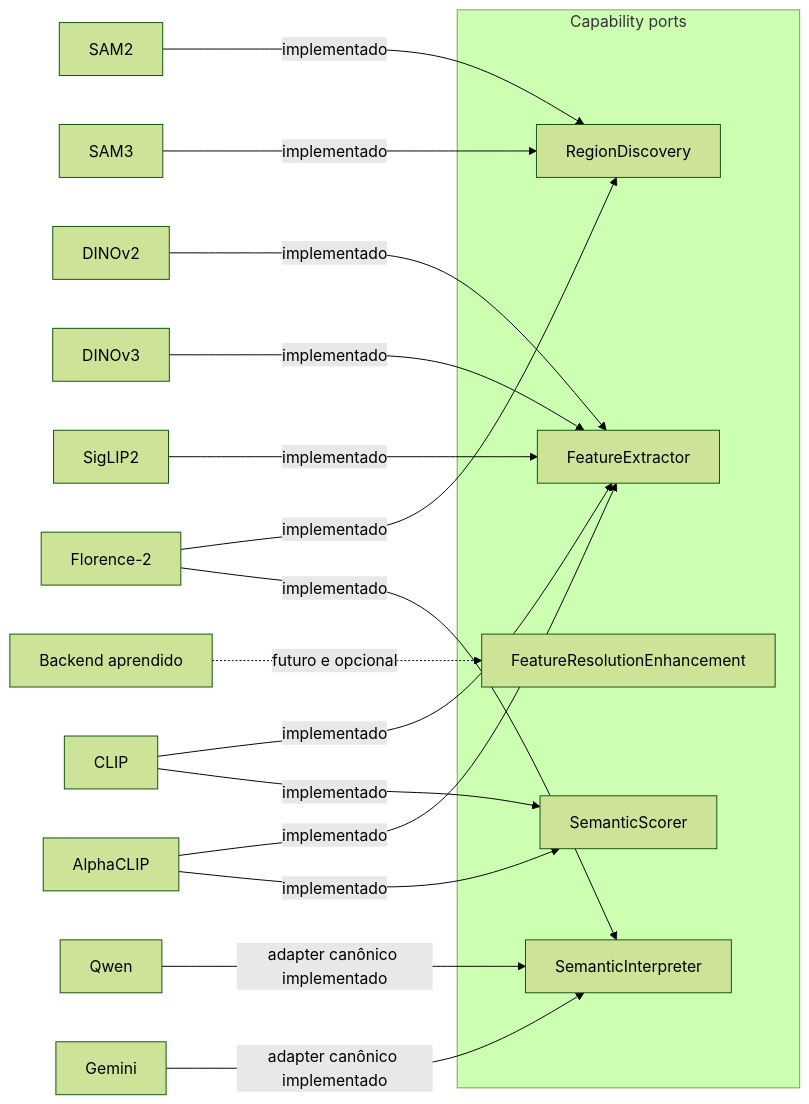
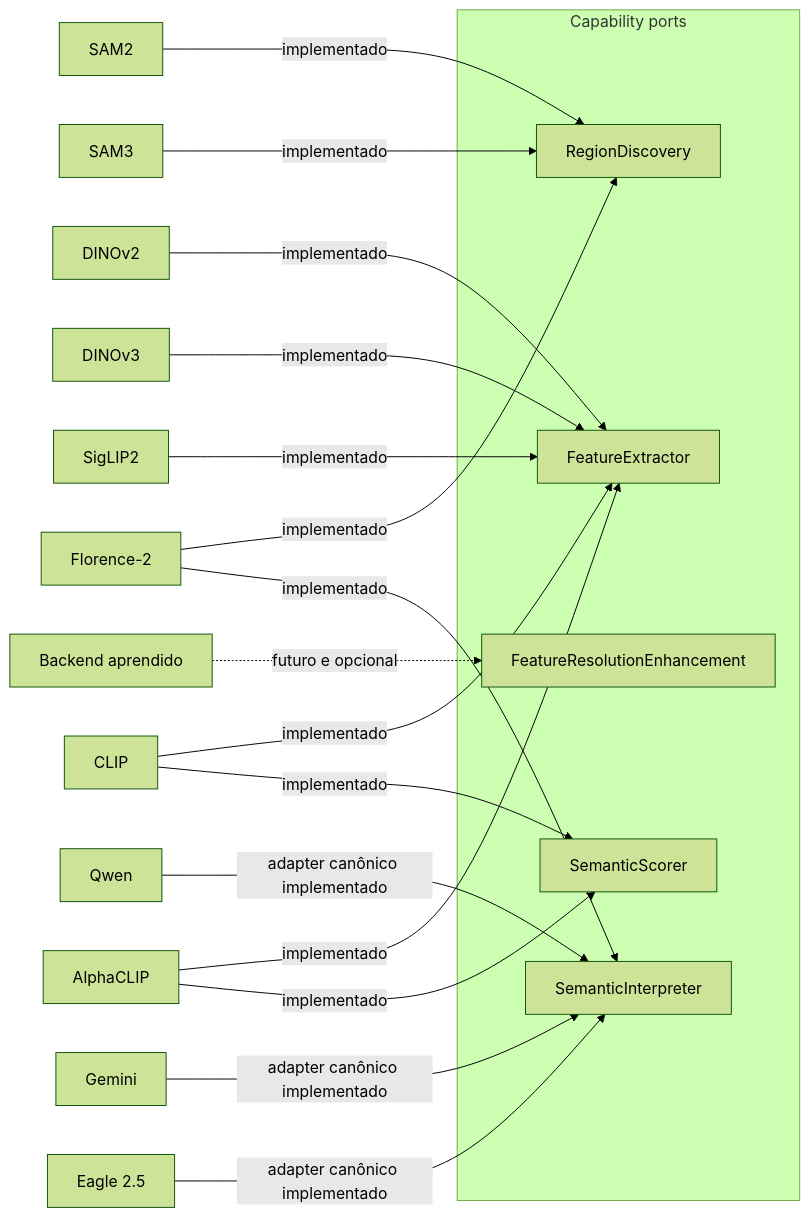
The diagram in src/contextmap/visual_perception/docs/ports.md (Alexandre-Tortoza/contextmap2), drawn with Mermaid (forest theme) before and after one commit. The commit also changed other lines of this file and 11 other files, not shown here.

````diff
--- a/src/contextmap/visual_perception/docs/ports.md
+++ b/src/contextmap/visual_perception/docs/ports.md
@@ -7,25 +7,26 @@
 ```mermaid
 flowchart LR
     subgraph PORTS[Capability ports]
         RD["RegionDiscovery"]
         FE["FeatureExtractor"]
         FRE["FeatureResolutionEnhancement"]
         SI["SemanticInterpreter"]
         SS["SemanticScorer"]
     end
 
     SAM2["SAM2"] -->|implementado| RD
     SAM3["SAM3"] -->|implementado| RD
     F2["Florence-2"] -->|implementado| RD
     F2 -->|implementado| SI
     D2["DINOv2"] -->|implementado| FE
     D3["DINOv3"] -->|implementado| FE
     SIG2["SigLIP2"] -->|implementado| FE
     CLIP["CLIP"] -->|implementado| FE
     CLIP -->|implementado| SS
     ACLIP["AlphaCLIP"] -->|implementado| FE
     ACLIP -->|implementado| SS
     QWEN["Qwen"] -->|adapter canônico implementado| SI
     GEMINI["Gemini"] -->|adapter canônico implementado| SI
+    EAGLE["Eagle 2.5"] -->|adapter canônico implementado| SI
     ENH["Backend aprendido"] -. futuro e opcional .-> FRE
 ```
````
